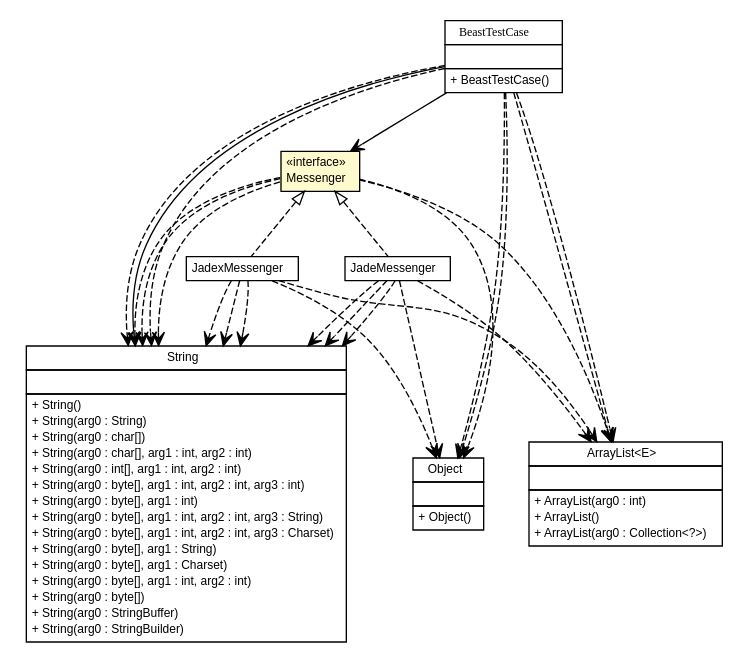
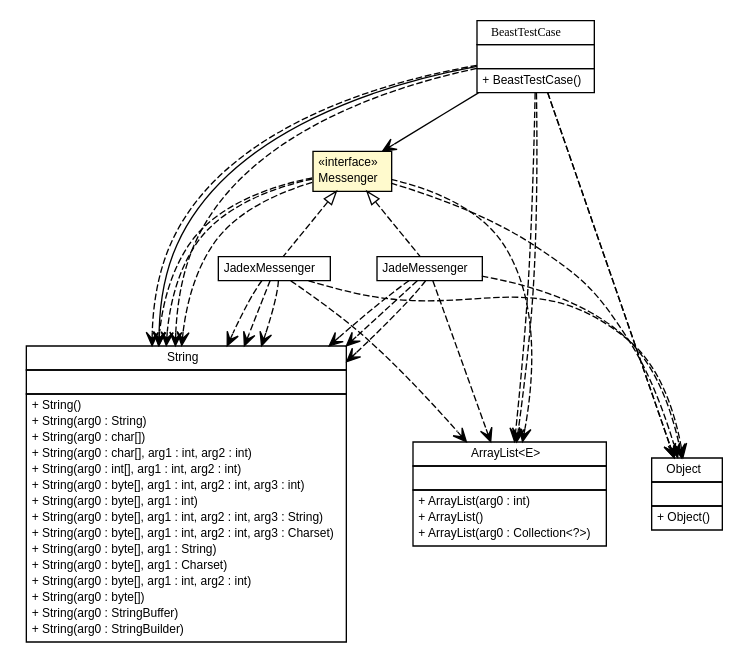
Before and after one commit to gsi-upm/BeastTool: the diagram in apidocs/es/upm/dit/gsi/beast/platform/Messenger.dot, drawn with Graphviz. The commit also changed 437 other files, not shown here.

```diff
--- a/apidocs/es/upm/dit/gsi/beast/platform/Messenger.dot
+++ b/apidocs/es/upm/dit/gsi/beast/platform/Messenger.dot
@@ -52,46 +52,46 @@
 	c1584:p -> c1605:p [taillabel="", label="", headlabel="", fontname="arial", fontcolor="black", fontsize=10.0, color="black", arrowhead=open, style=dashed];
 	// es.upm.dit.gsi.beast.platform.Messenger DEPEND java.lang.String
 	c1584:p -> c1605:p [taillabel="", label="", headlabel="", fontname="arial", fontcolor="black", fontsize=10.0, color="black", arrowhead=open, style=dashed];
-	// es.upm.dit.gsi.beast.platform.Messenger DEPEND java.lang.Object
-	c1584:p -> c1606:p [taillabel="", label="", headlabel="", fontname="arial", fontcolor="black", fontsize=10.0, color="black", arrowhead=open, style=dashed];
-	// es.upm.dit.gsi.beast.platform.Messenger DEPEND java.util.ArrayList<E>
-	c1584:p -> c1607:p [taillabel="", label="", headlabel="", fontname="arial", fontcolor="black", fontsize=10.0, color="black", arrowhead=open, style=dashed];
 	// es.upm.dit.gsi.beast.platform.Messenger DEPEND java.lang.String
 	c1584:p -> c1605:p [taillabel="", label="", headlabel="", fontname="arial", fontcolor="black", fontsize=10.0, color="black", arrowhead=open, style=dashed];
+	// es.upm.dit.gsi.beast.platform.Messenger DEPEND java.util.ArrayList<E>
+	c1584:p -> c1606:p [taillabel="", label="", headlabel="", fontname="arial", fontcolor="black", fontsize=10.0, color="black", arrowhead=open, style=dashed];
+	// es.upm.dit.gsi.beast.platform.Messenger DEPEND java.lang.Object
+	c1584:p -> c1607:p [taillabel="", label="", headlabel="", fontname="arial", fontcolor="black", fontsize=10.0, color="black", arrowhead=open, style=dashed];
+	// es.upm.dit.gsi.beast.platform.jade.JadeMessenger DEPEND java.lang.String
+	c1588:p -> c1605:p [taillabel="", label="", headlabel="", fontname="arial", fontcolor="black", fontsize=10.0, color="black", arrowhead=open, style=dashed];
+	// es.upm.dit.gsi.beast.platform.jade.JadeMessenger DEPEND java.util.ArrayList<E>
+	c1588:p -> c1606:p [taillabel="", label="", headlabel="", fontname="arial", fontcolor="black", fontsize=10.0, color="black", arrowhead=open, style=dashed];
+	// es.upm.dit.gsi.beast.platform.jade.JadeMessenger DEPEND java.lang.Object
+	c1588:p -> c1607:p [taillabel="", label="", headlabel="", fontname="arial", fontcolor="black", fontsize=10.0, color="black", arrowhead=open, style=dashed];
 	// es.upm.dit.gsi.beast.platform.jade.JadeMessenger DEPEND java.lang.String
 	c1588:p -> c1605:p [taillabel="", label="", headlabel="", fontname="arial", fontcolor="black", fontsize=10.0, color="black", arrowhead=open, style=dashed];
 	// es.upm.dit.gsi.beast.platform.jade.JadeMessenger DEPEND java.lang.String
 	c1588:p -> c1605:p [taillabel="", label="", headlabel="", fontname="arial", fontcolor="black", fontsize=10.0, color="black", arrowhead=open, style=dashed];
-	// es.upm.dit.gsi.beast.platform.jade.JadeMessenger DEPEND java.lang.String
-	c1588:p -> c1605:p [taillabel="", label="", headlabel="", fontname="arial", fontcolor="black", fontsize=10.0, color="black", arrowhead=open, style=dashed];
-	// es.upm.dit.gsi.beast.platform.jade.JadeMessenger DEPEND java.lang.Object
-	c1588:p -> c1606:p [taillabel="", label="", headlabel="", fontname="arial", fontcolor="black", fontsize=10.0, color="black", arrowhead=open, style=dashed];
-	// es.upm.dit.gsi.beast.platform.jade.JadeMessenger DEPEND java.util.ArrayList<E>
-	c1588:p -> c1607:p [taillabel="", label="", headlabel="", fontname="arial", fontcolor="black", fontsize=10.0, color="black", arrowhead=open, style=dashed];
+	// es.upm.dit.gsi.beast.platform.jadex.JadexMessenger DEPEND java.lang.String
+	c1591:p -> c1605:p [taillabel="", label="", headlabel="", fontname="arial", fontcolor="black", fontsize=10.0, color="black", arrowhead=open, style=dashed];
 	// es.upm.dit.gsi.beast.platform.jadex.JadexMessenger DEPEND java.lang.String
 	c1591:p -> c1605:p [taillabel="", label="", headlabel="", fontname="arial", fontcolor="black", fontsize=10.0, color="black", arrowhead=open, style=dashed];
 	// es.upm.dit.gsi.beast.platform.jadex.JadexMessenger DEPEND java.util.ArrayList<E>
+	c1591:p -> c1606:p [taillabel="", label="", headlabel="", fontname="arial", fontcolor="black", fontsize=10.0, color="black", arrowhead=open, style=dashed];
+	// es.upm.dit.gsi.beast.platform.jadex.JadexMessenger DEPEND java.lang.Object
 	c1591:p -> c1607:p [taillabel="", label="", headlabel="", fontname="arial", fontcolor="black", fontsize=10.0, color="black", arrowhead=open, style=dashed];
-	// es.upm.dit.gsi.beast.platform.jadex.JadexMessenger DEPEND java.lang.Object
-	c1591:p -> c1606:p [taillabel="", label="", headlabel="", fontname="arial", fontcolor="black", fontsize=10.0, color="black", arrowhead=open, style=dashed];
-	// es.upm.dit.gsi.beast.platform.jadex.JadexMessenger DEPEND java.lang.String
-	c1591:p -> c1605:p [taillabel="", label="", headlabel="", fontname="arial", fontcolor="black", fontsize=10.0, color="black", arrowhead=open, style=dashed];
 	// es.upm.dit.gsi.beast.platform.jadex.JadexMessenger DEPEND java.lang.String
 	c1591:p -> c1605:p [taillabel="", label="", headlabel="", fontname="arial", fontcolor="black", fontsize=10.0, color="black", arrowhead=open, style=dashed];
 	// es.upm.dit.gsi.beast.story.BeastTestCase DEPEND java.lang.String
 	c1603:p -> c1605:p [taillabel="", label="", headlabel="", fontname="arial", fontcolor="black", fontsize=10.0, color="black", arrowhead=open, style=dashed];
 	// es.upm.dit.gsi.beast.story.BeastTestCase DEPEND java.util.ArrayList<E>
+	c1603:p -> c1606:p [taillabel="", label="", headlabel="", fontname="arial", fontcolor="black", fontsize=10.0, color="black", arrowhead=open, style=dashed];
+	// es.upm.dit.gsi.beast.story.BeastTestCase DEPEND java.lang.Object
 	c1603:p -> c1607:p [taillabel="", label="", headlabel="", fontname="arial", fontcolor="black", fontsize=10.0, color="black", arrowhead=open, style=dashed];
 	// es.upm.dit.gsi.beast.story.BeastTestCase DEPEND java.lang.Object
+	c1603:p -> c1607:p [taillabel="", label="", headlabel="", fontname="arial", fontcolor="black", fontsize=10.0, color="black", arrowhead=open, style=dashed];
+	// es.upm.dit.gsi.beast.story.BeastTestCase DEPEND java.util.ArrayList<E>
 	c1603:p -> c1606:p [taillabel="", label="", headlabel="", fontname="arial", fontcolor="black", fontsize=10.0, color="black", arrowhead=open, style=dashed];
-	// es.upm.dit.gsi.beast.story.BeastTestCase DEPEND java.util.ArrayList<E>
-	c1603:p -> c1607:p [taillabel="", label="", headlabel="", fontname="arial", fontcolor="black", fontsize=10.0, color="black", arrowhead=open, style=dashed];
 	// es.upm.dit.gsi.beast.story.BeastTestCase DEPEND java.lang.String
 	c1603:p -> c1605:p [taillabel="", label="", headlabel="", fontname="arial", fontcolor="black", fontsize=10.0, color="black", arrowhead=open, style=dashed];
-	// es.upm.dit.gsi.beast.story.BeastTestCase DEPEND java.lang.Object
-	c1603:p -> c1606:p [taillabel="", label="", headlabel="", fontname="arial", fontcolor="black", fontsize=10.0, color="black", arrowhead=open, style=dashed];
 	// java.util.ArrayList<E>
-	c1607 [label=<<table title="java.util.ArrayList" border="0" cellborder="1" cellspacing="0" cellpadding="2" port="p" href="http://java.sun.com/j2se/1.4.2/docs/api/java/util/ArrayList.html">
+	c1606 [label=<<table title="java.util.ArrayList" border="0" cellborder="1" cellspacing="0" cellpadding="2" port="p" href="http://java.sun.com/j2se/1.4.2/docs/api/java/util/ArrayList.html">
 		<tr><td><table border="0" cellspacing="0" cellpadding="1">
 <tr><td align="center" balign="center"> ArrayList&lt;E&gt; </td></tr>
 		</table></td></tr>
@@ -105,7 +105,7 @@
 		</table></td></tr>
 		</table>>, fontname="arial", fontcolor="black", fontsize=9.0];
 	// java.lang.Object
-	c1606 [label=<<table title="java.lang.Object" border="0" cellborder="1" cellspacing="0" cellpadding="2" port="p" href="http://java.sun.com/j2se/1.4.2/docs/api/java/lang/Object.html">
+	c1607 [label=<<table title="java.lang.Object" border="0" cellborder="1" cellspacing="0" cellpadding="2" port="p" href="http://java.sun.com/j2se/1.4.2/docs/api/java/lang/Object.html">
 		<tr><td><table border="0" cellspacing="0" cellpadding="1">
 <tr><td align="center" balign="center"> Object </td></tr>
 		</table></td></tr>
```
